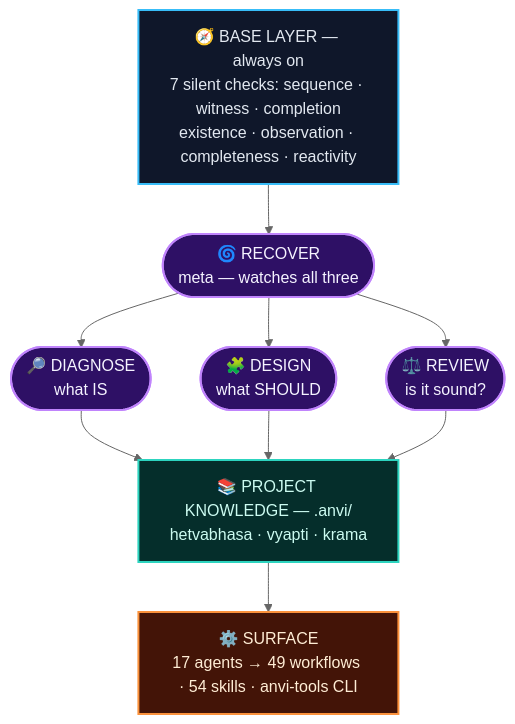
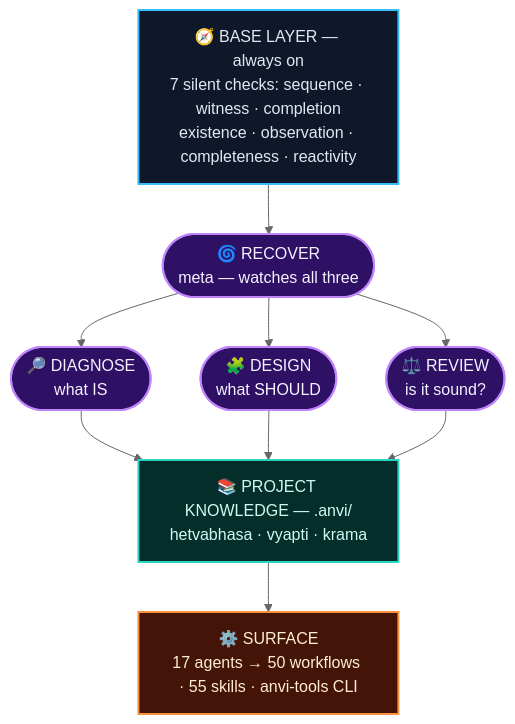
One commit to MrityunjayBhardwaj/anvi changed the first of 2 diagrams in README.md. Above: the diagram before and after it, drawn with Mermaid (neutral theme). The commit also changed other lines of this file and 4 other files, not shown here.

````diff
--- a/README.md
+++ b/README.md
@@ -39,24 +39,24 @@
 ```mermaid
 flowchart TD
     BASE["🧭 BASE LAYER — always on<br/>7 silent checks: sequence · witness · completion<br/>existence · observation · completeness · reactivity"]
     R(["🌀 RECOVER<br/>meta — watches all three"])
     D1(["🔎 DIAGNOSE<br/>what IS"])
     D2(["🧩 DESIGN<br/>what SHOULD"])
     D3(["⚖️ REVIEW<br/>is it sound?"])
     KNOW["📚 PROJECT KNOWLEDGE — .anvi/<br/>hetvabhasa · vyapti · krama"]
-    SURF["⚙️ SURFACE<br/>17 agents → 49 workflows · 54 skills · anvi-tools CLI"]
+    SURF["⚙️ SURFACE<br/>17 agents → 50 workflows · 55 skills · anvi-tools CLI"]
 
     BASE --> R
     R --> D1 & D2 & D3
     D1 & D2 & D3 --> KNOW
     KNOW --> SURF
 
     classDef base fill:#0f172a,stroke:#38bdf8,stroke-width:2px,color:#e2e8f0;
     classDef lens fill:#2e1065,stroke:#c084fc,stroke-width:2px,color:#f5f3ff;
     classDef know fill:#052e2b,stroke:#2dd4bf,stroke-width:2px,color:#ccfbf1;
     classDef surf fill:#431407,stroke:#fb923c,stroke-width:2px,color:#ffedd5;
     class BASE base;
     class R,D1,D2,D3 lens;
     class KNOW know;
     class SURF surf;
 ```
````
